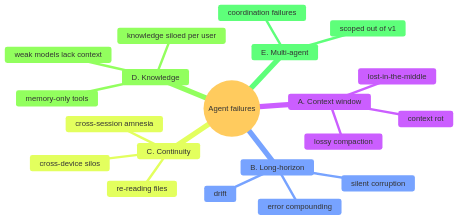
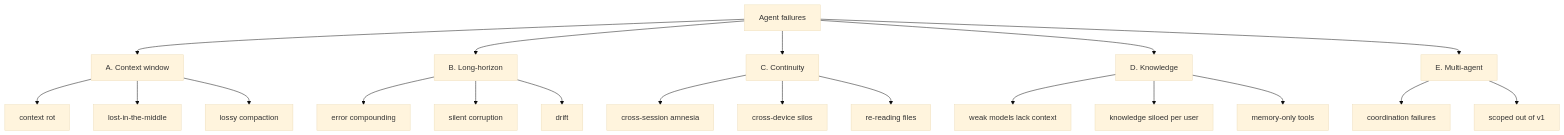
The first of 3 diagrams in docs/PLAN.md (Vellixia/cairn), drawn with Mermaid (base theme) before and after one commit. The commit also changed other lines of this file and 5 other files, not shown here.

First line of the commit message:
fix: replace unsupported Mermaid diagram types for GitHub rendering

````diff
--- a/docs/PLAN.md
+++ b/docs/PLAN.md
@@ -51,23 +51,35 @@
 ```mermaid
-mindmap
-  root((Agent failures))
-    A. Context window
-      context rot
-      lost-in-the-middle
-      lossy compaction
-    B. Long-horizon
-      error compounding
-      silent corruption
-      drift
-    C. Continuity
-      cross-session amnesia
-      cross-device silos
-      re-reading files
-    D. Knowledge
-      weak models lack context
-      knowledge siloed per user
-      memory-only tools
-    E. Multi-agent
-      coordination failures
-      scoped out of v1
+graph TD
+    Root["Agent failures"]
+
+    A["A. Context window"]
+    B["B. Long-horizon"]
+    C["C. Continuity"]
+    D["D. Knowledge"]
+    E["E. Multi-agent"]
+
+    Root --> A
+    Root --> B
+    Root --> C
+    Root --> D
+    Root --> E
+
+    A --> A1["context rot"]
+    A --> A2["lost-in-the-middle"]
+    A --> A3["lossy compaction"]
+
+    B --> B1["error compounding"]
+    B --> B2["silent corruption"]
+    B --> B3["drift"]
+
+    C --> C1["cross-session amnesia"]
+    C --> C2["cross-device silos"]
+    C --> C3["re-reading files"]
+
+    D --> D1["weak models lack context"]
+    D --> D2["knowledge siloed per user"]
+    D --> D3["memory-only tools"]
+
+    E --> E1["coordination failures"]
+    E --> E2["scoped out of v1"]
 ```
````
